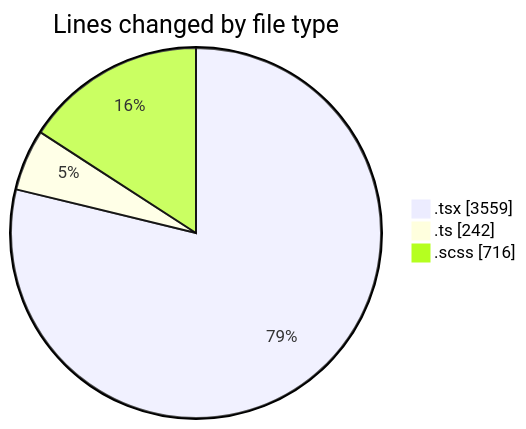
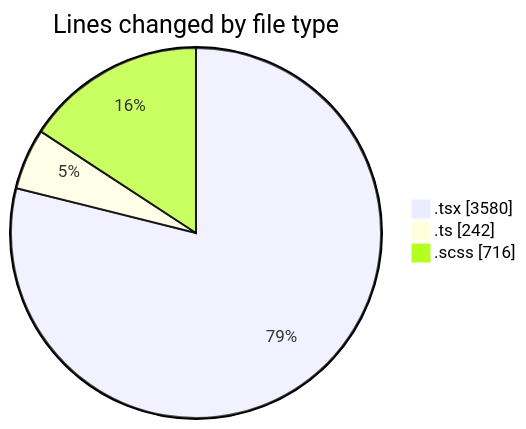
Before and after one commit to momahboobian/code-tracking: the first of 2 diagrams in 2025-09-15/cda/README.md, drawn with Mermaid. The commit also changed other lines of this file and 1 other file, not shown here.

````diff
--- a/2025-09-15/cda/README.md
+++ b/2025-09-15/cda/README.md
@@ -25,7 +25,7 @@
 ```mermaid
 pie showData
 title Lines changed by file type
-".tsx" : 3559
+".tsx" : 3580
 ".ts" : 242
 ".scss" : 716
 ```
````
